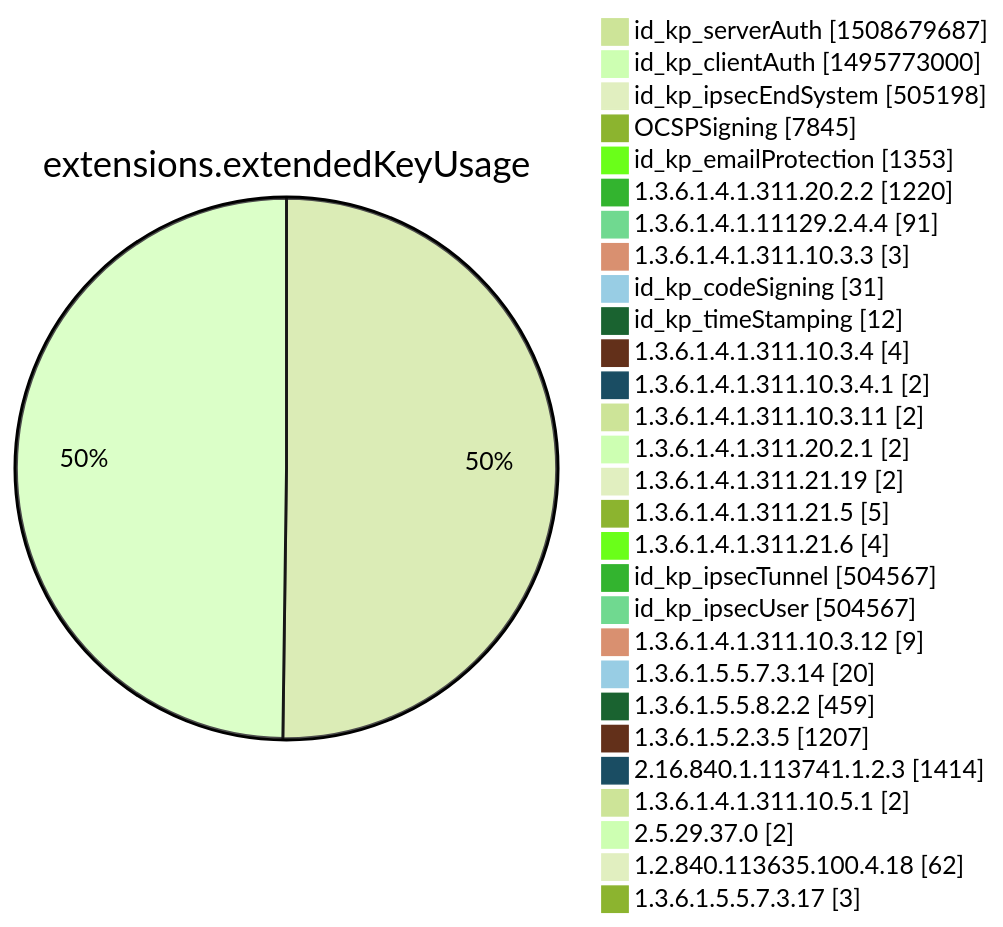
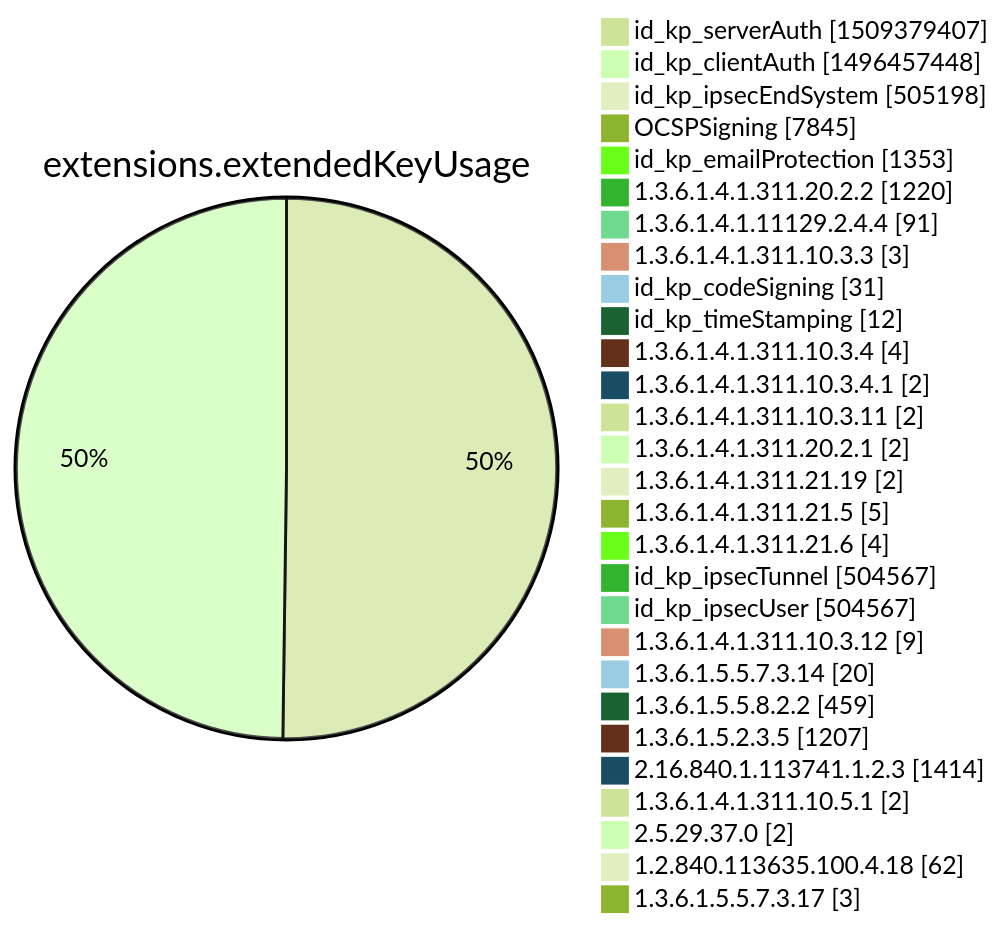
Before and after one commit to christiankrug/ctmonitor_visualization: diagram 12 of 15 in xenon2022/README.md, drawn with Mermaid (forest theme). The commit also changed other lines of this file, not shown here.

````diff
--- a/xenon2022/README.md
+++ b/xenon2022/README.md
@@ -3876,32 +3877,32 @@
 ```mermaid
 pie showData
 title extensions.extendedKeyUsage
-"id_kp_serverAuth" :1508679687
-"id_kp_clientAuth" :1495773000
+"id_kp_serverAuth" :1509379407
+"id_kp_clientAuth" :1496457448
 "id_kp_ipsecEndSystem" :505198
 "OCSPSigning" :7845
 "id_kp_emailProtection" :1353
 "1.3.6.1.4.1.311.20.2.2" :1220
 "1.3.6.1.4.1.11129.2.4.4" :91
 "1.3.6.1.4.1.311.10.3.3" :3
 "id_kp_codeSigning" :31
 "id_kp_timeStamping" :12
 "1.3.6.1.4.1.311.10.3.4" :4
 "1.3.6.1.4.1.311.10.3.4.1" :2
 "1.3.6.1.4.1.311.10.3.11" :2
 "1.3.6.1.4.1.311.20.2.1" :2
 "1.3.6.1.4.1.311.21.19" :2
 "1.3.6.1.4.1.311.21.5" :5
 "1.3.6.1.4.1.311.21.6" :4
 "id_kp_ipsecTunnel" :504567
 "id_kp_ipsecUser" :504567
 "1.3.6.1.4.1.311.10.3.12" :9
 "1.3.6.1.5.5.7.3.14" :20
 "1.3.6.1.5.5.8.2.2" :459
 "1.3.6.1.5.2.3.5" :1207
 "2.16.840.1.113741.1.2.3" :1414
 "1.3.6.1.4.1.311.10.5.1" :2
 "2.5.29.37.0" :2
 "1.2.840.113635.100.4.18" :62
 "1.3.6.1.5.5.7.3.17" :3
 ```
````
